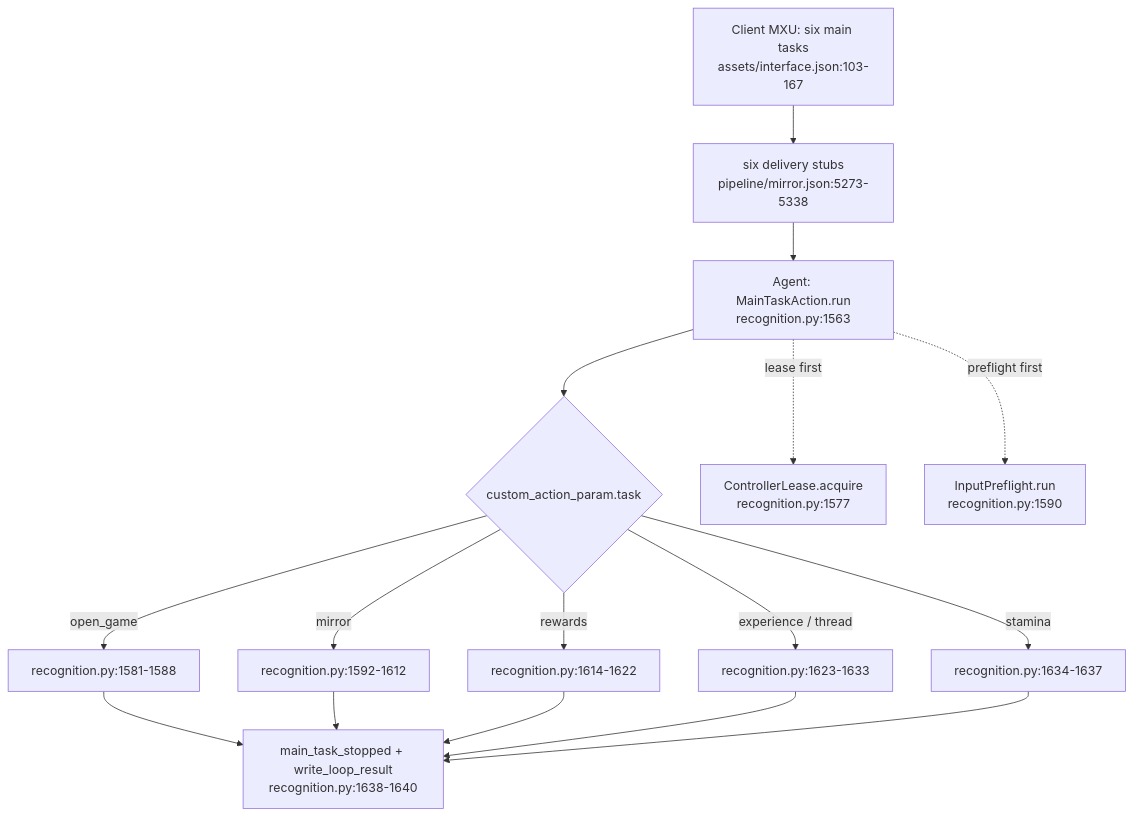
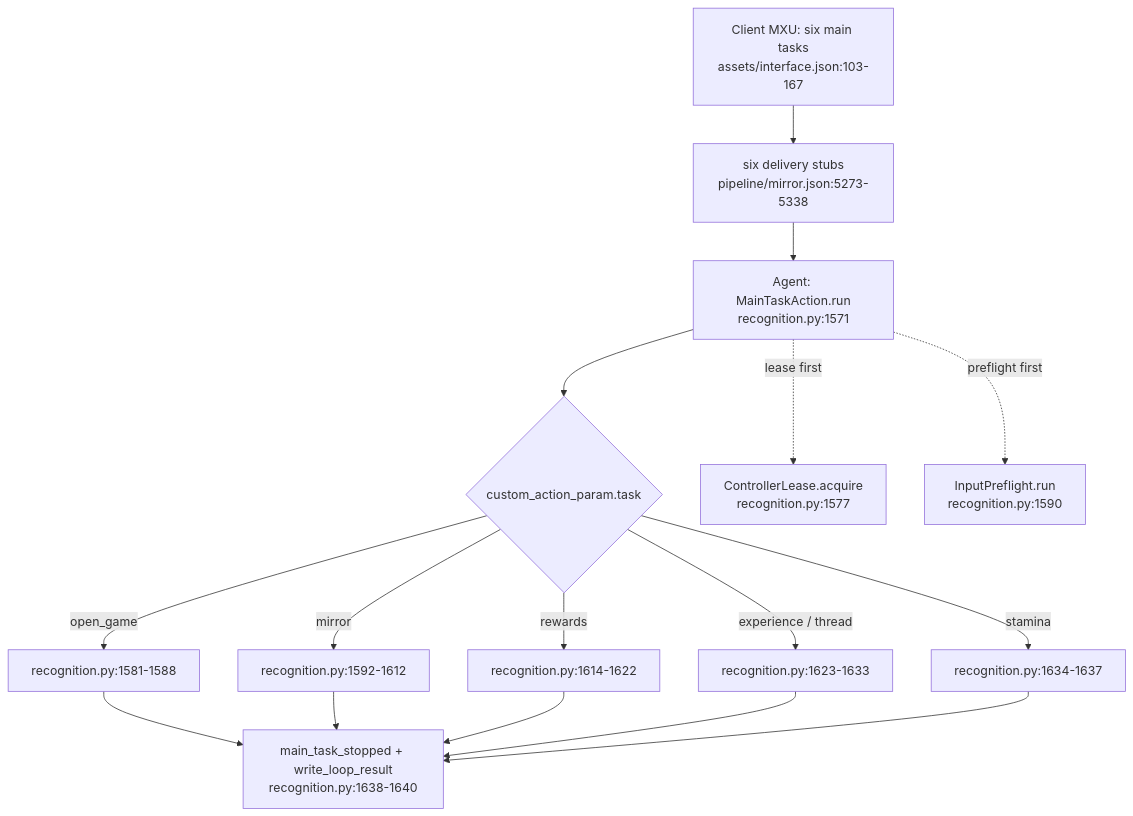
Before and after one commit to sairaisaika/MaaLimbus: the second of 18 diagrams in docs/wiki/en_us/4-business-flows.md, drawn with Mermaid. The commit also changed other lines of this file and 4 other files, not shown here.

````diff
--- a/docs/wiki/en_us/4-business-flows.md
+++ b/docs/wiki/en_us/4-business-flows.md
@@ -65,18 +65,18 @@
 ```mermaid
 flowchart TD
   U["Client MXU: six main tasks<br/>assets/interface.json:103-167"] --> N["six delivery stubs<br/>pipeline/mirror.json:5273-5338"]
-  N --> A["Agent: MainTaskAction.run<br/>recognition.py:1563"]
+  N --> A["Agent: MainTaskAction.run<br/>recognition.py:1571"]
   A --> T{"custom_action_param.task"}
   T -->|open_game| OG["recognition.py:1581-1588"]
   T -->|mirror| MI["recognition.py:1592-1612"]
   T -->|rewards| RE["recognition.py:1614-1622"]
   T -->|experience / thread| LX["recognition.py:1623-1633"]
   T -->|stamina| ST["recognition.py:1634-1637"]
   A -. "lease first" .-> L["ControllerLease.acquire<br/>recognition.py:1577"]
   A -. "preflight first" .-> PF["InputPreflight.run<br/>recognition.py:1590"]
   OG --> E["main_task_stopped + write_loop_result<br/>recognition.py:1638-1640"]
   MI --> E
   RE --> E
   LX --> E
   ST --> E
 ```
````
